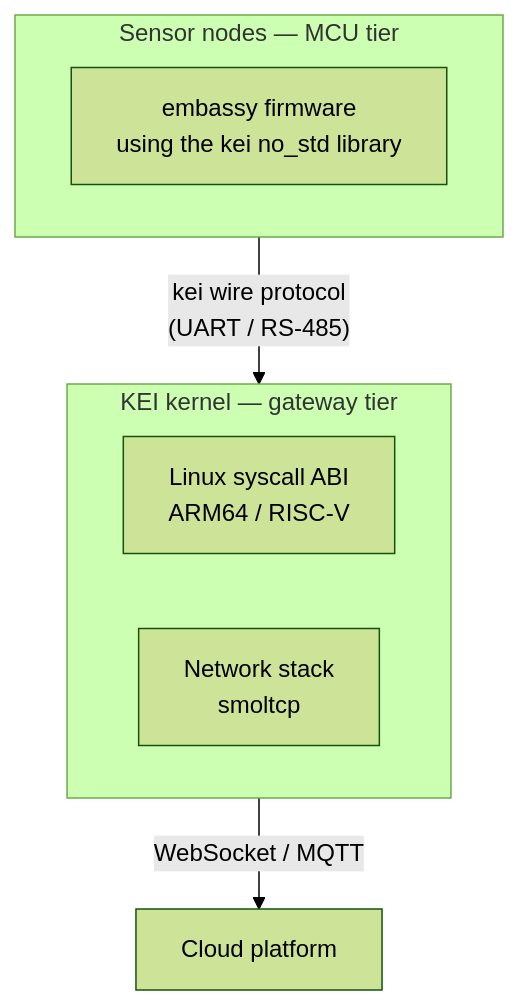
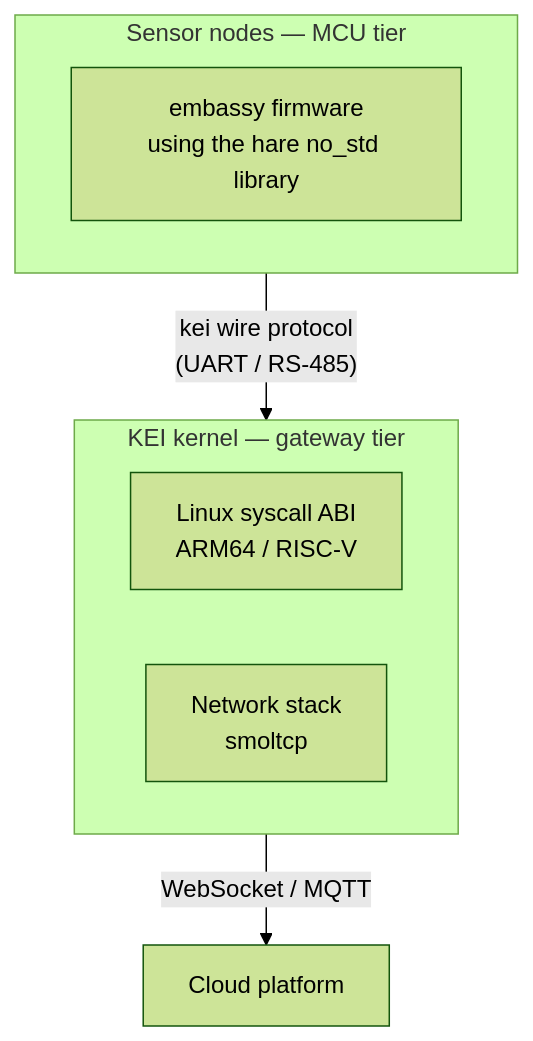
One commit to celestia-island/kei changed the diagram in README.md. Above: the diagram before and after it, drawn with Mermaid (forest theme). The commit also changed other lines of this file and 11 other files, not shown here.

First line of the commit message:
📝 Point the microcontroller-tier library references at the hare repo. (#107)

````diff
--- a/README.md
+++ b/README.md
@@ -42,12 +44,12 @@
 ```mermaid
 flowchart TB
     subgraph Gateway["KEI kernel — gateway tier"]
         KERN["Linux syscall ABI\nARM64 / RISC-V"]
         NET["Network stack\nsmoltcp"]
     end
     subgraph Sensors["Sensor nodes — MCU tier"]
-        EMB["embassy firmware\nusing the kei no_std library"]
+        EMB["embassy firmware\nusing the hare no_std library"]
     end
     Sensors -->|"kei wire protocol\n(UART / RS-485)"| Gateway
     Gateway -->|"WebSocket / MQTT"| CLOUD["Cloud platform"]
 ```
````
